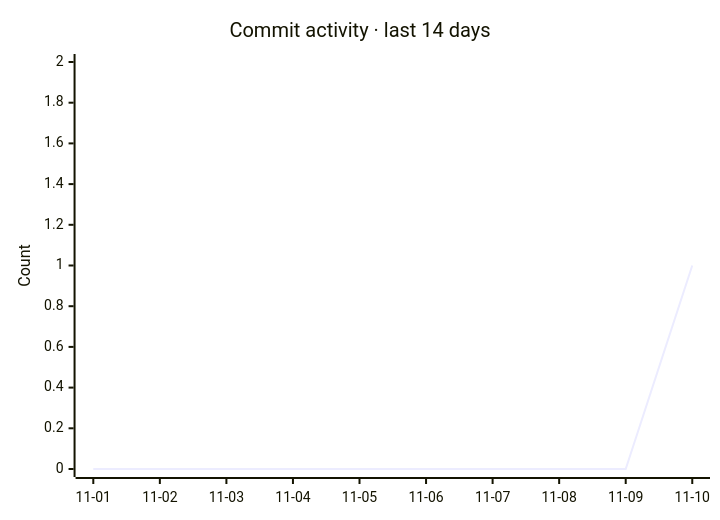
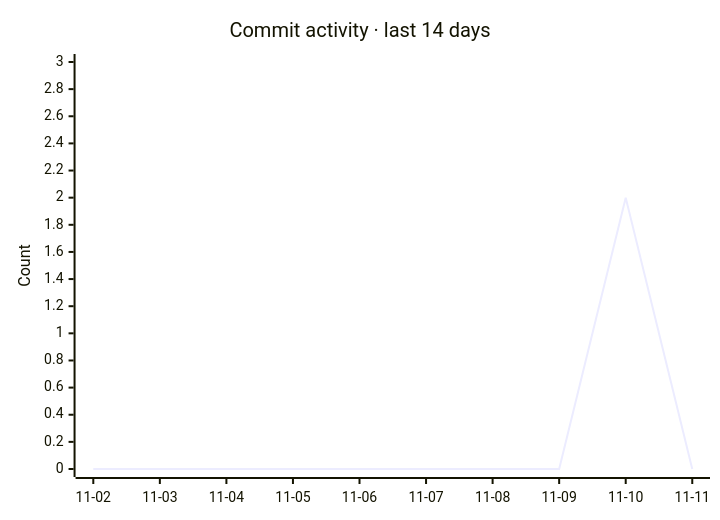
Before and after one commit to razzaqinspires/whiskay-bot: the second of 2 diagrams in README.md, drawn with Mermaid. The commit also changed other lines of this file and 2 other files, not shown here.

Commit message:
chore(metrics): refresh GitHub traffic and update timestamp [skip ci]

````diff
--- a/README.md
+++ b/README.md
@@ -329,7 +329,7 @@
 ```mermaid
 xychart-beta
     title "Commit activity · last 14 days"
-    x-axis ["11-01", "11-02", "11-03", "11-04", "11-05", "11-06", "11-07", "11-08", "11-09", "11-10"]
-    y-axis "Count" 0 --> 2
-    line [0, 0, 0, 0, 0, 0, 0, 0, 0, 1]
+    x-axis ["11-02", "11-03", "11-04", "11-05", "11-06", "11-07", "11-08", "11-09", "11-10", "11-11"]
+    y-axis "Count" 0 --> 3
+    line [0, 0, 0, 0, 0, 0, 0, 0, 2, 0]
 ```
````
